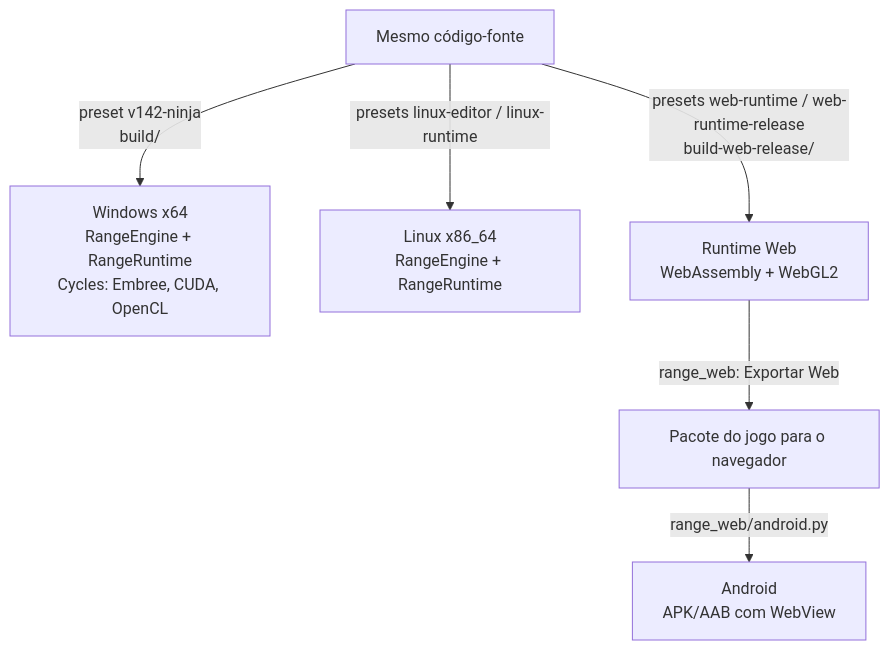
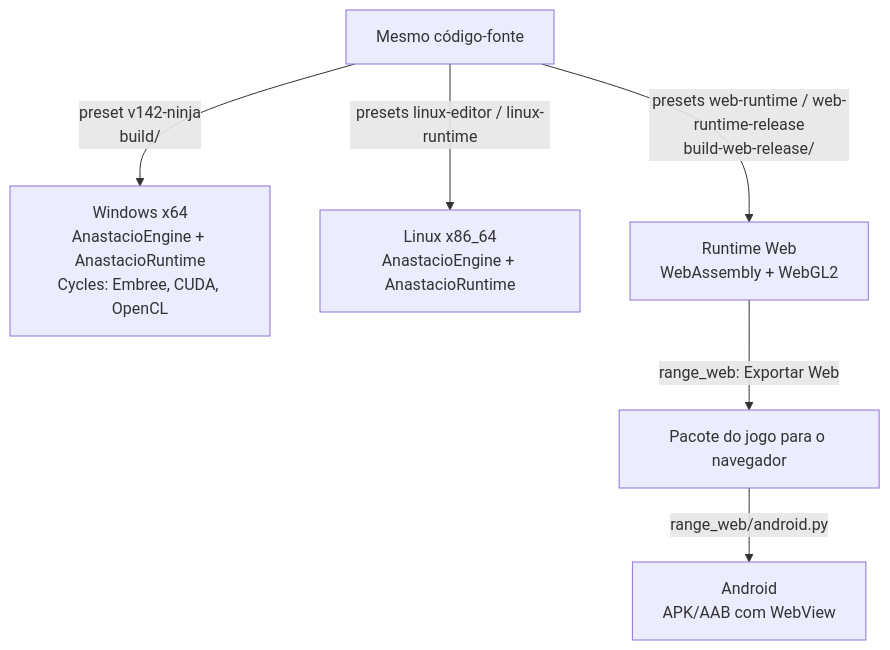
Before and after one commit to AnastacioGames/AnastacioEngine: the sixth of 6 diagrams in docs/diagramas-arquitetura.md, drawn with Mermaid. The commit also changed other lines of this file and 1 other file, not shown here.

Commit message:
docs(architecture): refresh diagrams and map for Network, Logic/UI Tree, .cooked and new frame steps

````diff
--- a/docs/diagramas-arquitetura.md
+++ b/docs/diagramas-arquitetura.md
@@ -175,9 +192,9 @@
 ```mermaid
 flowchart TB
     code["Mesmo código-fonte"]
-    code -->|"preset v142-ninja<br/>build/"| W["Windows x64<br/>RangeEngine + RangeRuntime<br/>Cycles: Embree, CUDA, OpenCL"]
-    code -->|"presets linux-editor / linux-runtime"| L["Linux x86_64<br/>RangeEngine + RangeRuntime"]
+    code -->|"preset v142-ninja<br/>build/"| W["Windows x64<br/>AnastacioEngine + AnastacioRuntime<br/>Cycles: Embree, CUDA, OpenCL"]
+    code -->|"presets linux-editor / linux-runtime"| L["Linux x86_64<br/>AnastacioEngine + AnastacioRuntime"]
     code -->|"presets web-runtime / web-runtime-release<br/>build-web-release/"| WB["Runtime Web<br/>WebAssembly + WebGL2"]
     WB -->|"range_web: Exportar Web"| PK["Pacote do jogo para o navegador"]
     PK -->|"range_web/android.py"| AN["Android<br/>APK/AAB com WebView"]
 ```
````
